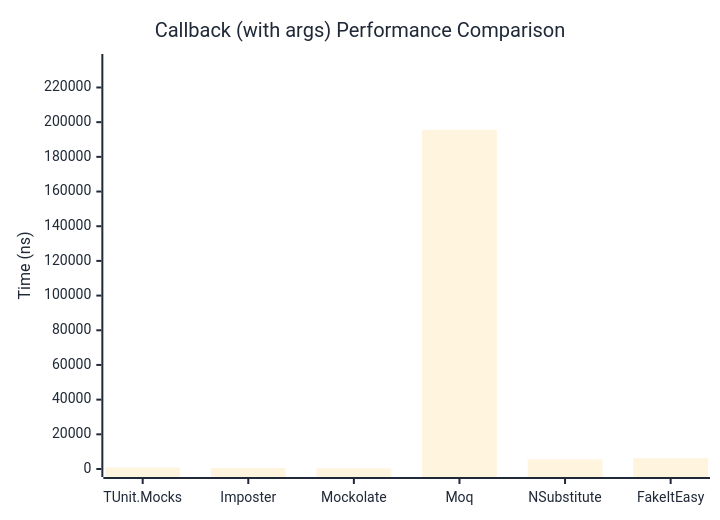
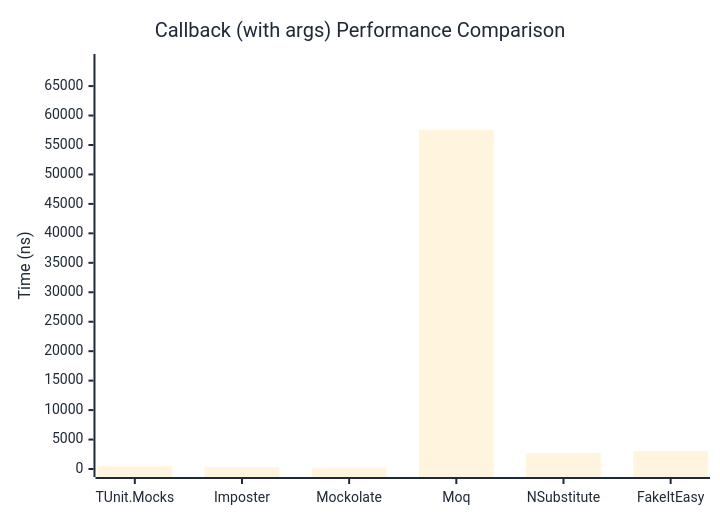
Before and after one commit to thomhurst/TUnit: the second of 2 diagrams in docs/docs/benchmarks/mocks/Callback.md, drawn with Mermaid. The commit also changed other lines of this file and 14 other files, not shown here.

````diff
--- a/docs/docs/benchmarks/mocks/Callback.md
+++ b/docs/docs/benchmarks/mocks/Callback.md
@@ -71,27 +71,27 @@
 ```mermaid
 %%{init: {
   'theme':'base',
   'themeVariables': {
     'primaryColor': '#2563eb',
     'primaryTextColor': '#1f2937',
     'primaryBorderColor': '#1e40af',
     'lineColor': '#6b7280',
     'secondaryColor': '#7c3aed',
     'tertiaryColor': '#dc2626',
     'background': '#ffffff',
     'pie1': '#2563eb',
     'pie2': '#7c3aed',
     'pie3': '#dc2626',
     'pie4': '#f59e0b',
     'pie5': '#10b981',
     'pie6': '#06b6d4',
     'pie7': '#ec4899',
     'pie8': '#6366f1'
   }
 }}%%
 xychart-beta
   title "Callback (with args) Performance Comparison"
   x-axis ["TUnit.Mocks", "Imposter", "Mockolate", "Moq", "NSubstitute", "FakeItEasy"]
-  y-axis "Time (ns)" 0 --> 234698
-  bar [826.2, 538.6, 393.7, 195580.9, 5512.7, 6257.2]
+  y-axis "Time (ns)" 0 --> 69087
+  bar [480.8, 307.1, 237.3, 57572, 2691.8, 3019.3]
 ```
````
